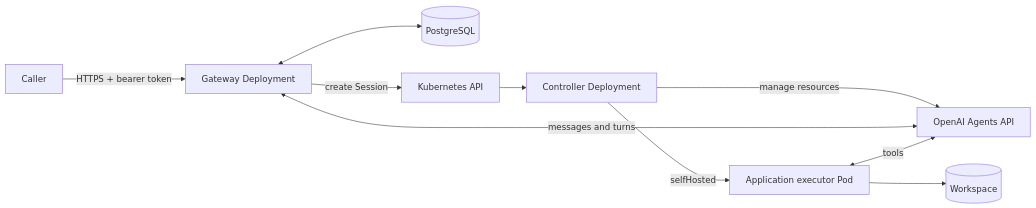
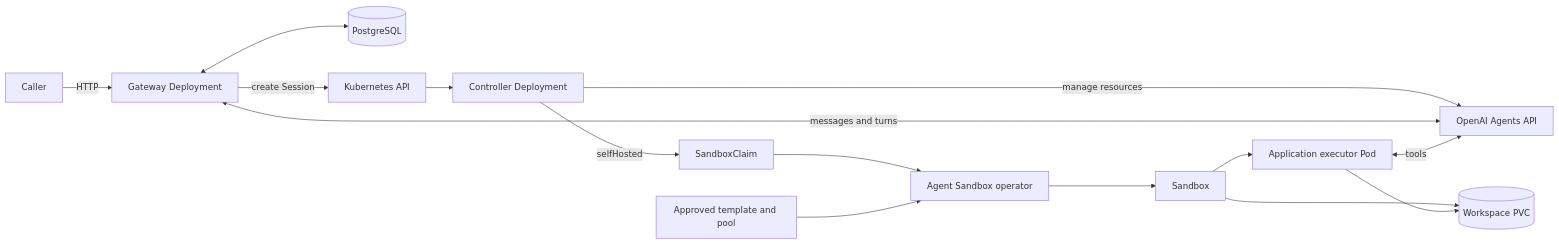
Before and after one commit to softcane/codex-session-operator: the diagram in docs/architecture.md, drawn with Mermaid. The commit also changed other lines of this file and 188 other files, not shown here.

Commit message:
Adopt Agent Sandbox execution lifecycle

````diff
--- a/docs/architecture.md
+++ b/docs/architecture.md
@@ -5,12 +5,17 @@
 ```mermaid
 flowchart LR
-    U[Caller] -->|HTTPS + bearer token| G[Gateway Deployment]
+    U[Caller] -->|HTTP| G[Gateway Deployment]
     G <--> P[(PostgreSQL)]
     G -->|create Session| K[Kubernetes API]
     K --> O[Controller Deployment]
     O -->|manage resources| A[OpenAI Agents API]
     G <-->|messages and turns| A
-    O -->|selfHosted| E[Application executor Pod]
-    E --> W[(Workspace)]
+    O -->|selfHosted| C[SandboxClaim]
+    C --> B[Agent Sandbox operator]
+    T[Approved template and pool] --> B
+    B --> S[Sandbox]
+    S --> E[Application executor Pod]
+    S --> W[(Workspace PVC)]
+    E --> W
     E <-->|tools| A
 ```
````
